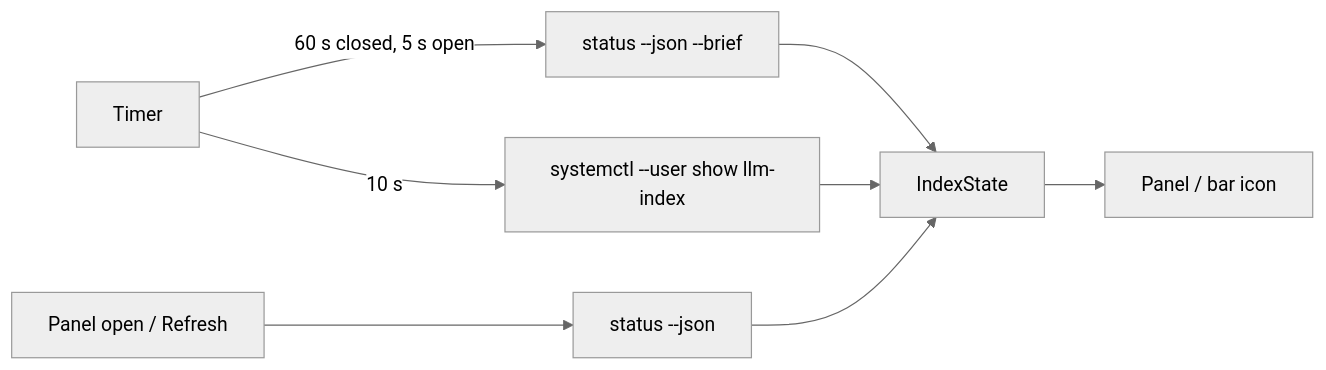
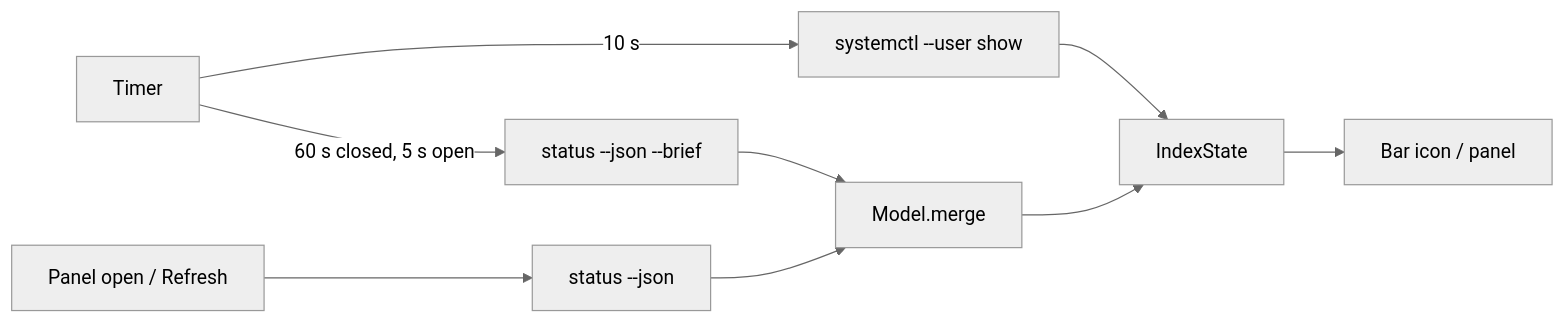
The diagram in spec/2026-11-15-15-shell-plugin.md (olafkfreund/nixarchy-llm-index), drawn with Mermaid (neutral theme) before and after one commit. The commit also changed other lines of this file, not shown here.

````diff
--- a/spec/2026-11-15-15-shell-plugin.md
+++ b/spec/2026-11-15-15-shell-plugin.md
@@ -85,10 +102,11 @@
 ```mermaid
 flowchart LR
   T[Timer] -->|60 s closed, 5 s open| B[status --json --brief]
-  T -->|10 s| U[systemctl --user show llm-index]
+  T -->|10 s| U[systemctl --user show]
   O[Panel open / Refresh] --> F[status --json]
-  B --> S[IndexState]
-  U --> S
-  F --> S
-  S --> P[Panel / bar icon]
+  B --> M[Model.merge]
+  F --> M
+  U --> S[IndexState]
+  M --> S
+  S --> P[Bar icon / panel]
 ```
````
